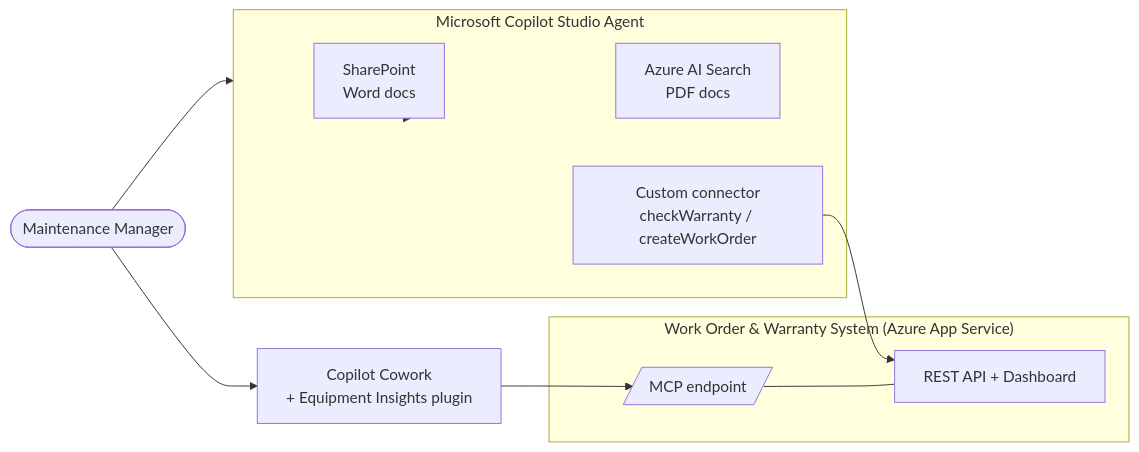
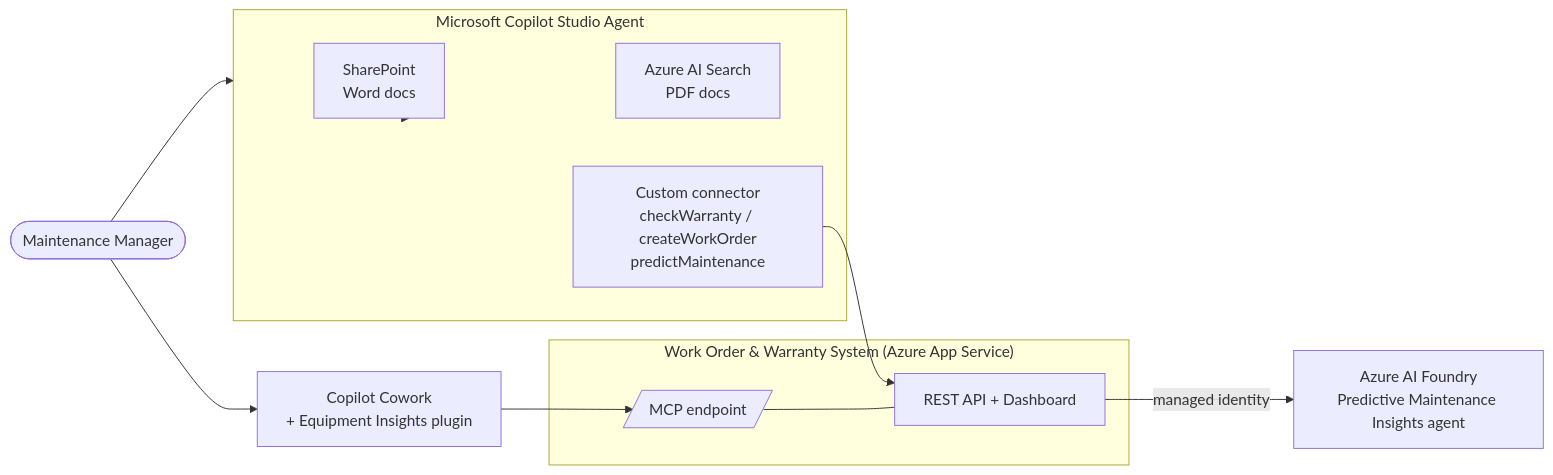
Before and after one commit to cristianoag/aiacceleratordemo: the diagram in README.md, drawn with Mermaid. The commit also changed other lines of this file and 21 other files, not shown here.

First line of the commit message:
Add Azure AI Foundry integration for predictive maintenance insights

````diff
--- a/README.md
+++ b/README.md
@@ -20,25 +21,27 @@
 ```mermaid
 flowchart LR
     User([Maintenance Manager])
 
     subgraph Copilot["Microsoft Copilot Studio Agent"]
       KB1[SharePoint<br/>Word docs]
       KB2[Azure AI Search<br/>PDF docs]
-      FN[Custom connector<br/>checkWarranty / createWorkOrder]
+      FN[Custom connector<br/>checkWarranty / createWorkOrder<br/>predictMaintenance]
     end
 
     subgraph System["Work Order & Warranty System (Azure App Service)"]
       API[REST API + Dashboard]
       MCP[/MCP endpoint/]
     end
 
+    Foundry["Azure AI Foundry<br/>Predictive Maintenance Insights agent"]
     Cowork["Copilot Cowork<br/>+ Equipment Insights plugin"]
 
     User --> Copilot
     Copilot --> KB1
     Copilot --> KB2
     FN --> API
+    API -->|managed identity| Foundry
     User --> Cowork
     Cowork --> MCP
     MCP --- API
 ```
````
